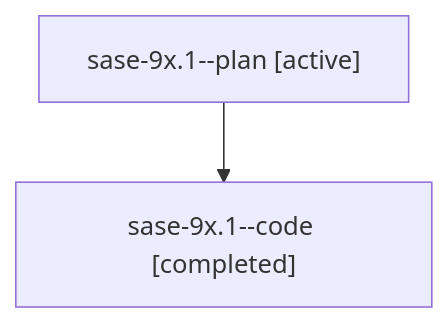
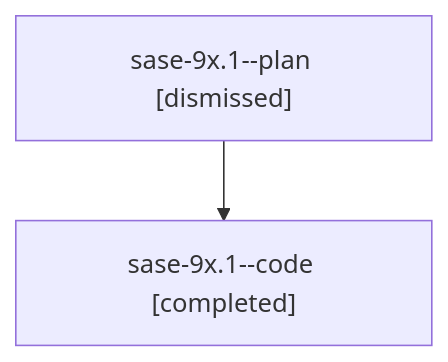
The diagram in sessions/bbugyi200.athena.sase-9x.1.md (sase-org/sase--agents), drawn with Mermaid before and after one commit. The commit also changed other lines of this file and 90 other files, not shown here.

````diff
--- a/sessions/bbugyi200.athena.sase-9x.1.md
+++ b/sessions/bbugyi200.athena.sase-9x.1.md
@@ -9,6 +9,6 @@
 ```mermaid
 flowchart TD
-  n0["sase-9x.1--plan [active]"]
+  n0["sase-9x.1--plan [dismissed]"]
   n1["sase-9x.1--code [completed]"]
   n0 --> n1
 ```
````
